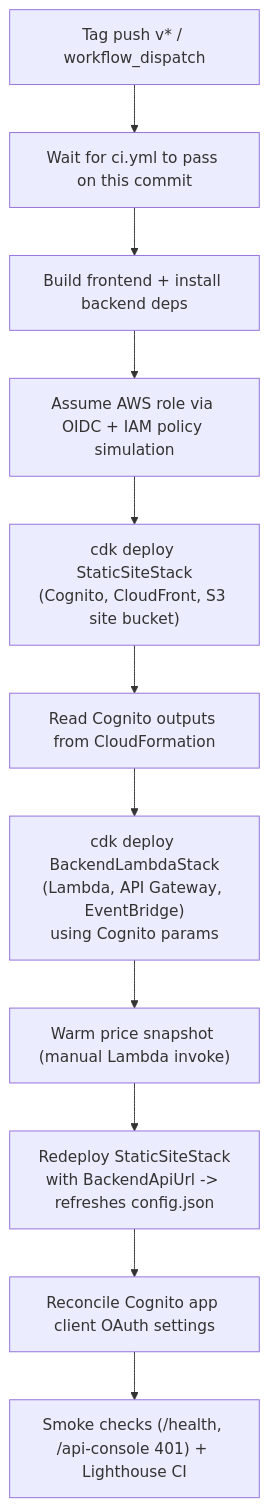
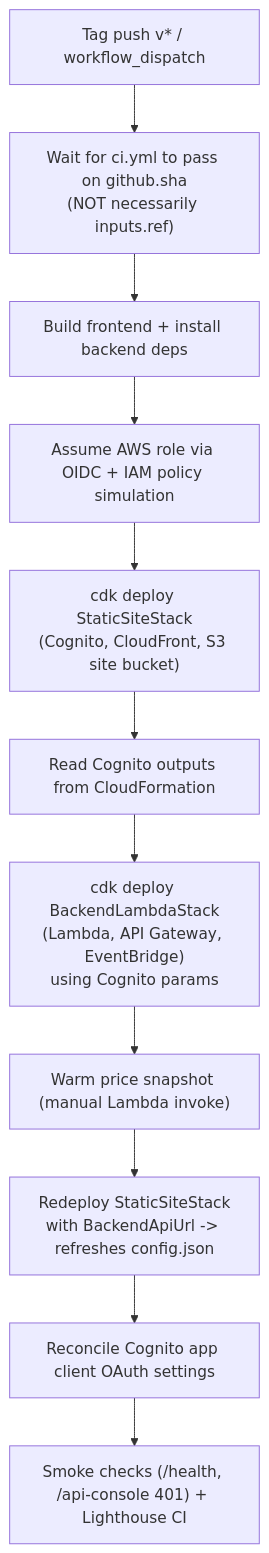
Before and after one commit to leonarduk/allotmint: the second of 2 diagrams in README.md, drawn with Mermaid. The commit also changed other lines of this file, not shown here.

Commit message:
docs: correct manual-dispatch CI gate description
check-ci verifies ci.yml for github.sha (the triggering ref), but the
deploy job checks out inputs.ref || github.ref. A workflow_dispatch
that sets inputs.ref to a different tag/branch/SHA than the one it was
run from can therefore deploy a commit whose CI status was never
checked by this gate. Correct the README prose and diagram label to
reflect that instead of implying the deployed commit is always the one
gated.

````diff
--- a/README.md
+++ b/README.md
@@ -72,13 +72,13 @@
 ```mermaid
 flowchart TD
-    A["Tag push v* / workflow_dispatch"] --> B["Wait for ci.yml to pass on this commit"]
+    A["Tag push v* / workflow_dispatch"] --> B["Wait for ci.yml to pass on github.sha\n(NOT necessarily inputs.ref)"]
     B --> C["Build frontend + install backend deps"]
     C --> D["Assume AWS role via OIDC + IAM policy simulation"]
     D --> E["cdk deploy StaticSiteStack\n(Cognito, CloudFront, S3 site bucket)"]
     E --> F["Read Cognito outputs from CloudFormation"]
     F --> G["cdk deploy BackendLambdaStack\n(Lambda, API Gateway, EventBridge)\nusing Cognito params"]
     G --> H["Warm price snapshot (manual Lambda invoke)"]
     H --> I["Redeploy StaticSiteStack\nwith BackendApiUrl -> refreshes config.json"]
     I --> J["Reconcile Cognito app client OAuth settings"]
     J --> K["Smoke checks (/health, /api-console 401) + Lighthouse CI"]
 ```
````
